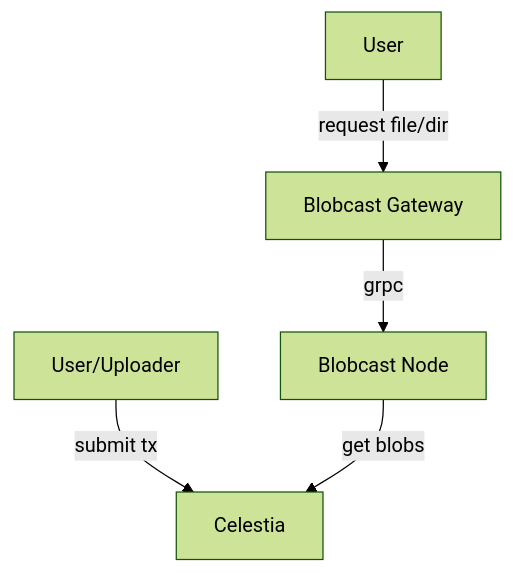
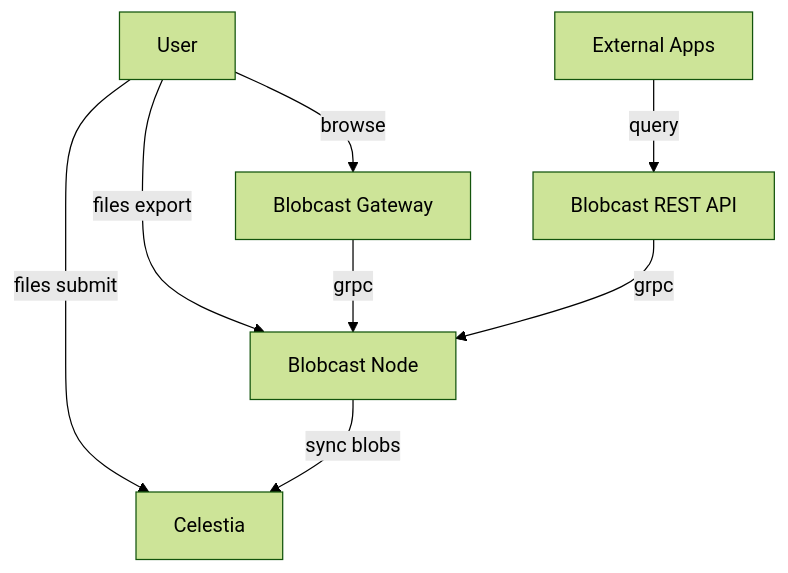
The diagram in docs/architecture.md (forma-dev/blobcast), drawn with Mermaid (forest theme) before and after one commit. The commit also changed other lines of this file and 1 other file, not shown here.

````diff
--- a/docs/architecture.md
+++ b/docs/architecture.md
@@ -10,7 +10,10 @@
 ```mermaid
 flowchart TB
-  Uploader[User/Uploader] -->|submit tx| DA[Celestia]
-  BlobcastNode[Blobcast Node] -->|get blobs| DA
+  User -->|files submit| DA[Celestia]
+  User -->|files export| BlobcastNode
+  BlobcastNode[Blobcast Node] -->|sync blobs| DA
   BlobcastGateway[Blobcast Gateway] -->|grpc| BlobcastNode
-  User -->|request file/dir| BlobcastGateway
+  User -->|browse| BlobcastGateway
+  BlobcastAPI[Blobcast REST API] -->|grpc| BlobcastNode
+  ExternalApp[External Apps] -->|query| BlobcastAPI
 ```
````
